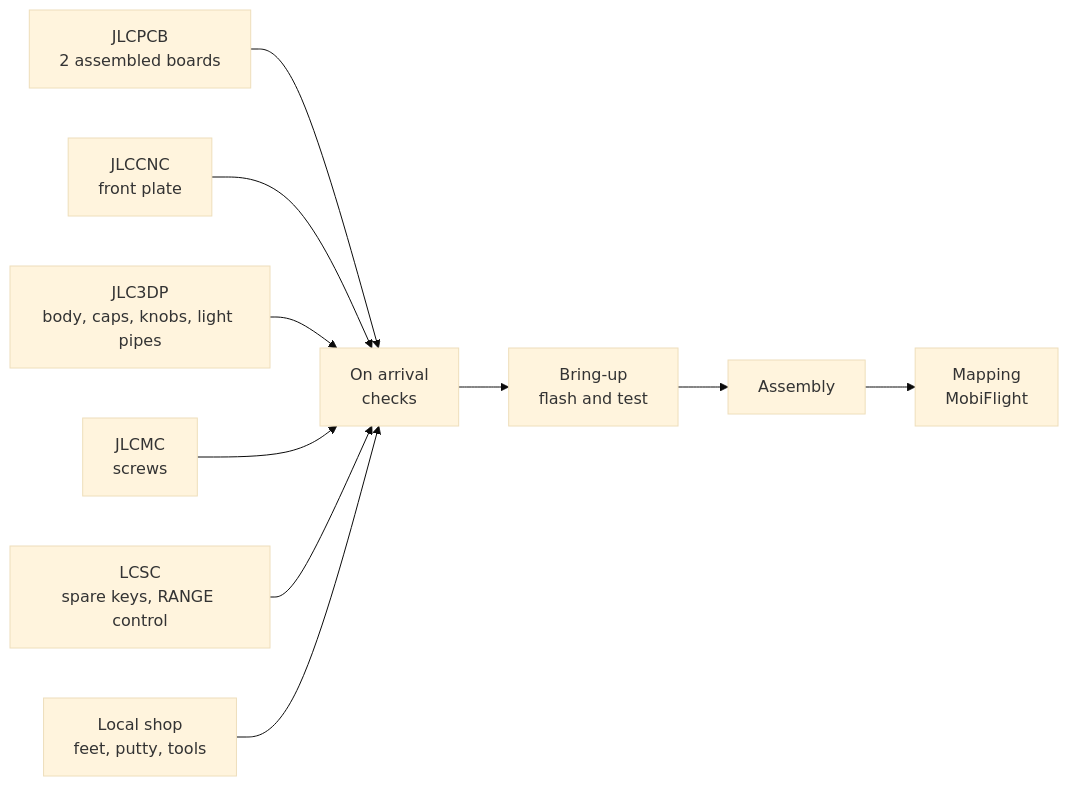
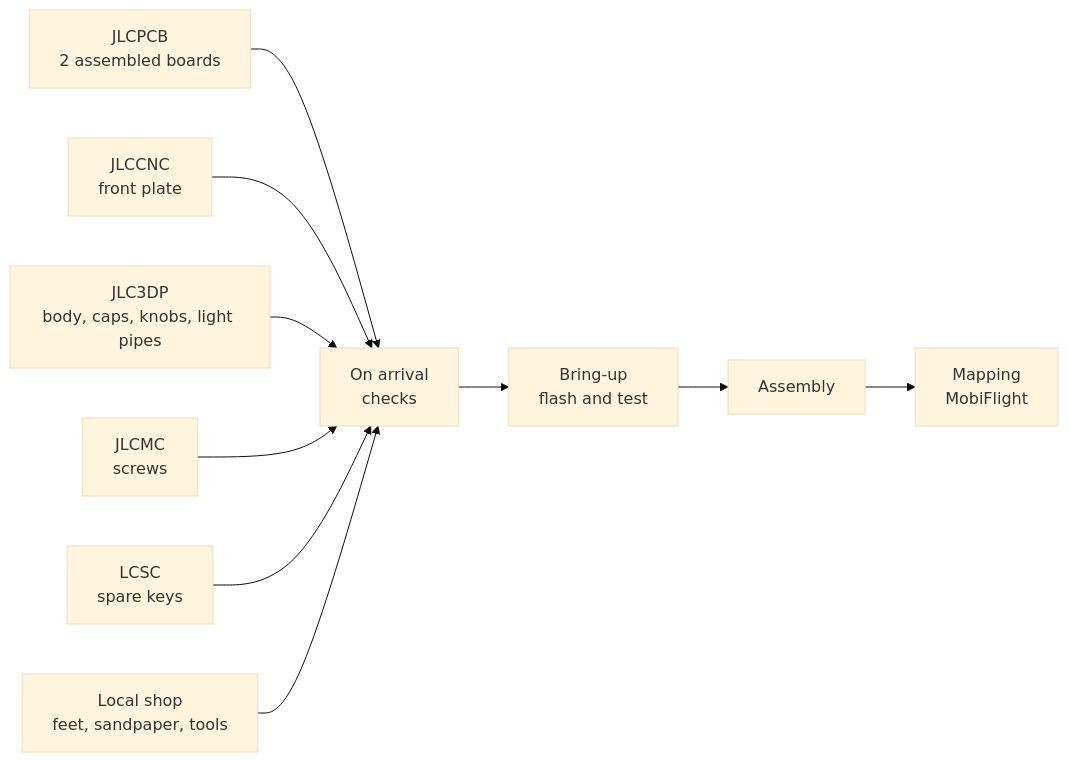
One commit to saschagrunert/avionics-panel changed the diagram in docs/building/README.md. Above: the diagram before and after it, drawn with Mermaid (base theme). The commit also changed other lines of this file and 11 other files, not shown here.

````diff
--- a/docs/building/README.md
+++ b/docs/building/README.md
@@ -6,14 +6,14 @@
 ```mermaid
 flowchart LR
   jlcpcb["JLCPCB<br>2 assembled boards"]
   jlccnc["JLCCNC<br>front plate"]
   jlc3dp["JLC3DP<br>body, caps, knobs, light pipes"]
   jlcmc["JLCMC<br>screws"]
-  lcsc["LCSC<br>spare keys, RANGE control"]
-  local["Local shop<br>feet, putty, tools"]
+  lcsc["LCSC<br>spare keys"]
+  local["Local shop<br>feet, sandpaper, tools"]
   arrival["On arrival<br>checks"]
   bringup["Bring-up<br>flash and test"]
   assembly["Assembly"]
   mapping["Mapping<br>MobiFlight"]
   jlcpcb & jlccnc & jlc3dp & jlcmc & lcsc & local --> arrival --> bringup --> assembly --> mapping
 ```
````
